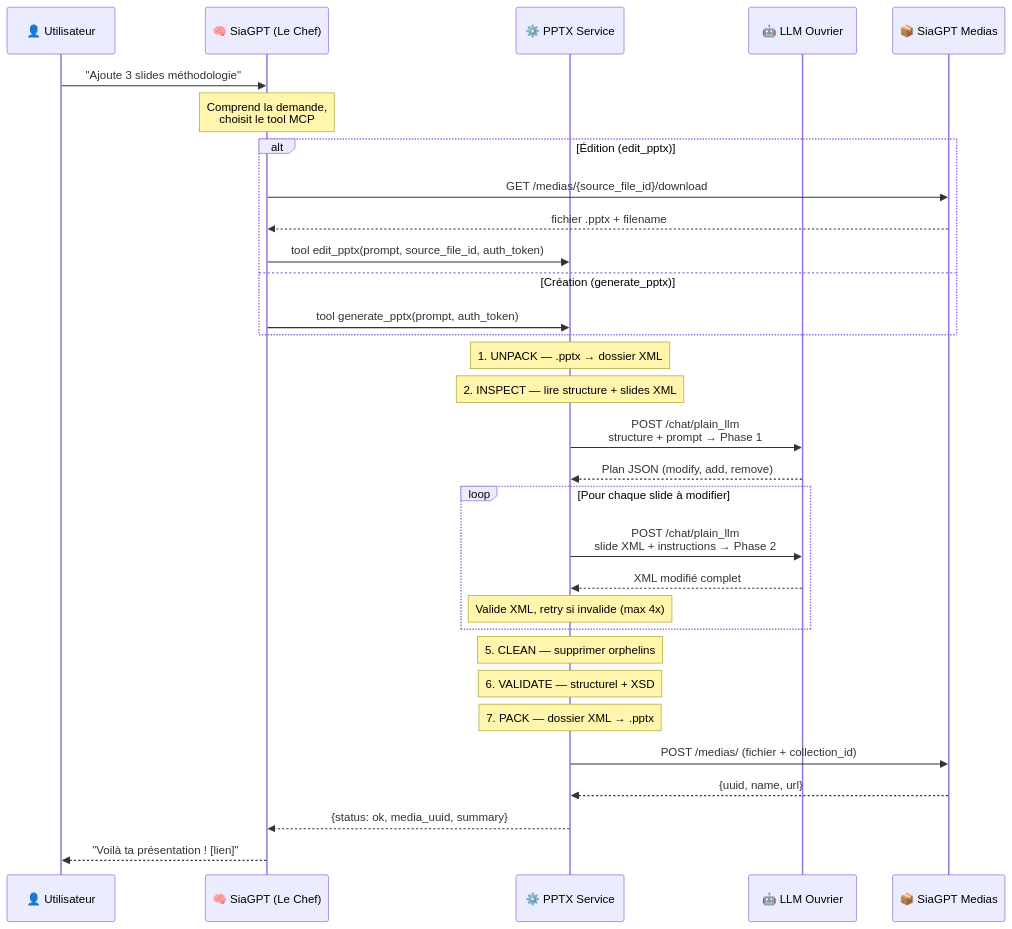
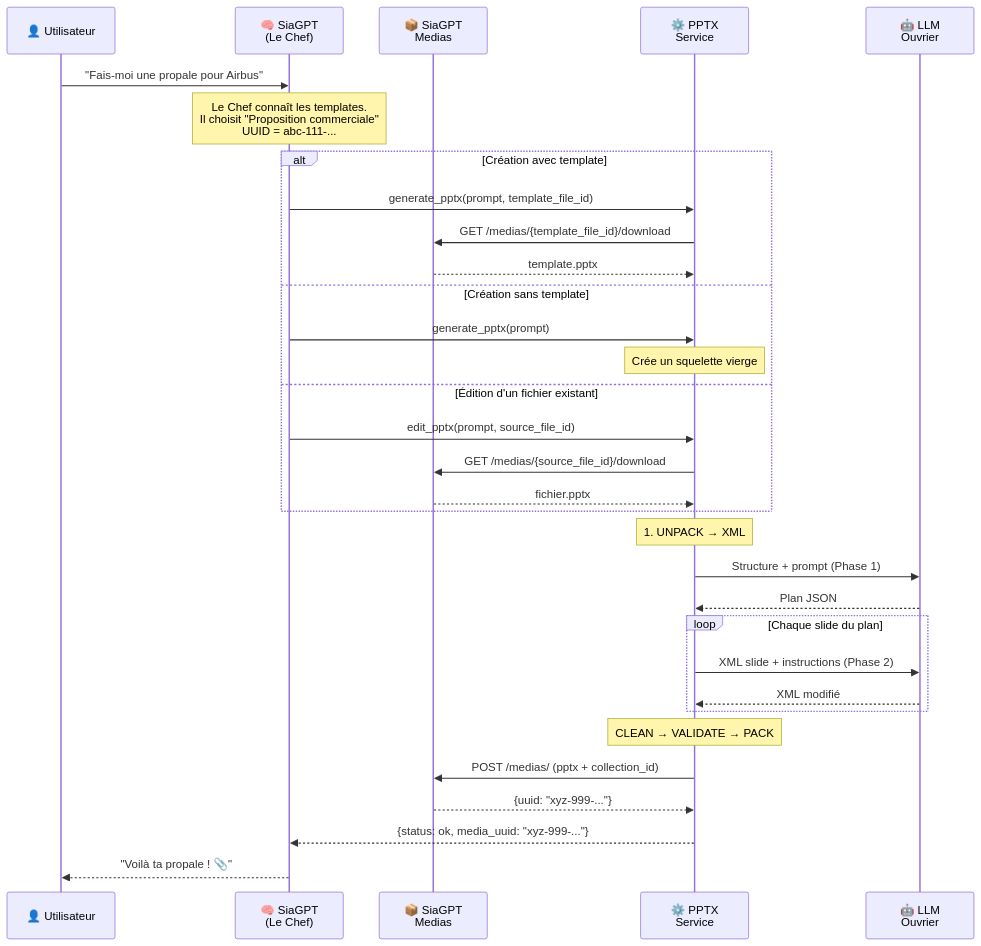
One commit to eldjoudjou/pptx-service changed the first of 2 diagrams in README.md. Above: the diagram before and after it, drawn with Mermaid. The commit also changed other lines of this file, not shown here.

First line of the commit message:
README: diagrammes Mermaid complets, flux templates, inputs/outputs

````diff
--- a/README.md
+++ b/README.md
@@ -49,40 +64,43 @@
 ```mermaid
 sequenceDiagram
     participant U as 👤 Utilisateur
-    participant S as 🧠 SiaGPT (Le Chef)
-    participant P as ⚙️ PPTX Service
-    participant L as 🤖 LLM Ouvrier
-    participant M as 📦 SiaGPT Medias
+    participant S as 🧠 SiaGPT<br/>(Le Chef)
+    participant M as 📦 SiaGPT<br/>Medias
+    participant P as ⚙️ PPTX<br/>Service
+    participant L as 🤖 LLM<br/>Ouvrier
 
-    U->>S: "Ajoute 3 slides méthodologie"
-    Note over S: Comprend la demande,<br/>choisit le tool MCP
+    U->>S: "Fais-moi une propale pour Airbus"
 
-    alt Édition (edit_pptx)
-        S->>M: GET /medias/{source_file_id}/download
-        M-->>S: fichier .pptx + filename
-        S->>P: tool edit_pptx(prompt, source_file_id, auth_token)
-    else Création (generate_pptx)
-        S->>P: tool generate_pptx(prompt, auth_token)
+    Note over S: Le Chef connaît les templates.<br/>Il choisit "Proposition commerciale"<br/>UUID = abc-111-...
+
+    alt Création avec template
+        S->>P: generate_pptx(prompt, template_file_id)
+        P->>M: GET /medias/{template_file_id}/download
+        M-->>P: template.pptx
+    else Création sans template
+        S->>P: generate_pptx(prompt)
+        Note over P: Crée un squelette vierge
+    else Édition d'un fichier existant
+        S->>P: edit_pptx(prompt, source_file_id)
+        P->>M: GET /medias/{source_file_id}/download
+        M-->>P: fichier.pptx
     end
 
-    Note over P: 1. UNPACK — .pptx → dossier XML
-    Note over P: 2. INSPECT — lire structure + slides XML
+    Note over P: 1. UNPACK → XML
 
-    P->>L: POST /chat/plain_llm<br/>structure + prompt → Phase 1
-    L-->>P: Plan JSON (modify, add, remove)
+    P->>L: Structure + prompt (Phase 1)
+    L-->>P: Plan JSON
 
-    loop Pour chaque slide à modifier
-        P->>L: POST /chat/plain_llm<br/>slide XML + instructions → Phase 2
-        L-->>P: XML modifié complet
-        Note over P: Valide XML, retry si invalide (max 4x)
+    loop Chaque slide du plan
+        P->>L: XML slide + instructions (Phase 2)
+        L-->>P: XML modifié
     end
 
-    Note over P: 5. CLEAN — supprimer orphelins
-    Note over P: 6. VALIDATE — structurel + XSD
-    Note over P: 7. PACK — dossier XML → .pptx
+    Note over P: CLEAN → VALIDATE → PACK
 
-    P->>M: POST /medias/ (fichier + collection_id)
-    M-->>P: {uuid, name, url}
-    P-->>S: {status: ok, media_uuid, summary}
-    S-->>U: "Voilà ta présentation ! [lien]"
+    P->>M: POST /medias/ (pptx + collection_id)
+    M-->>P: {uuid: "xyz-999-..."}
+
+    P-->>S: {status: ok, media_uuid: "xyz-999-..."}
+    S-->>U: "Voilà ta propale ! 📎"
 ```
````
